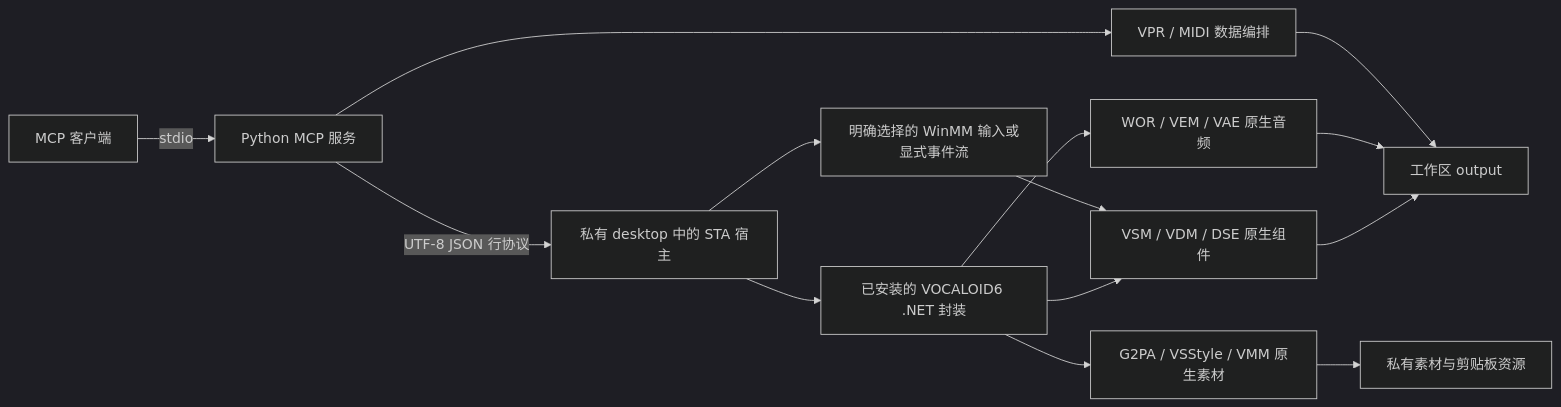
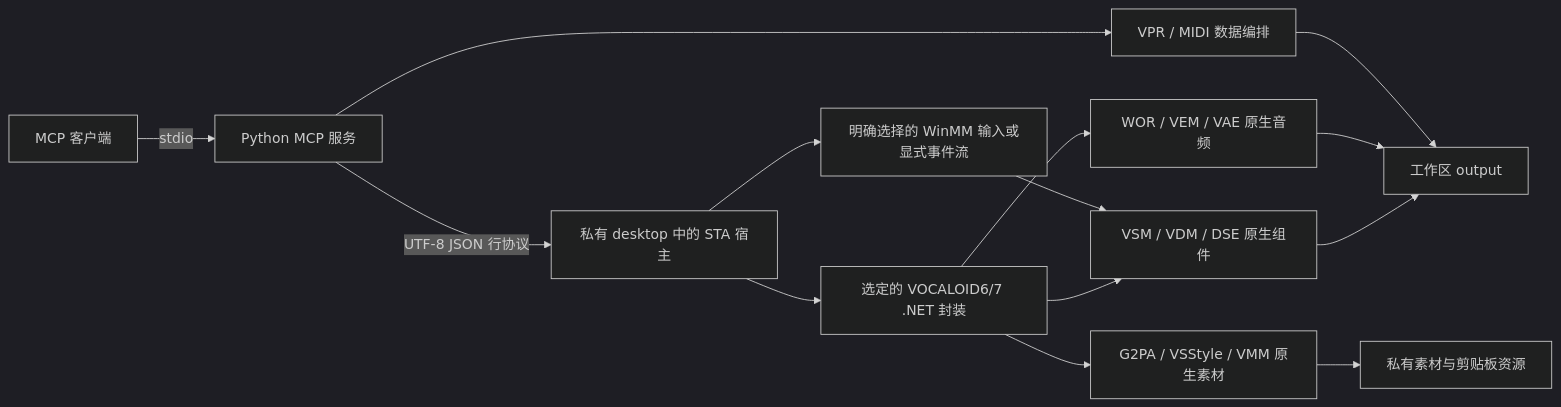
The diagram in docs/architecture.md (Asakitan/vocaloid_bridge), drawn with Mermaid (dark theme) before and after one commit. The commit also changed other lines of this file and 47 other files, not shown here.

````diff
--- a/docs/architecture.md
+++ b/docs/architecture.md
@@ -3,16 +3,16 @@
 ```mermaid
 flowchart LR
     Client[MCP 客户端] -->|stdio| Python[Python MCP 服务]
     Python -->|UTF-8 JSON 行协议| Native[私有 desktop 中的 STA 宿主]
-    Native --> Wrapper[已安装的 VOCALOID6 .NET 封装]
+    Native --> Wrapper[选定的 VOCALOID6/7 .NET 封装]
     Wrapper --> Engine[VSM / VDM / DSE 原生组件]
     Wrapper --> Audio[WOR / VEM / VAE 原生音频]
     Wrapper --> Library[G2PA / VSStyle / VMM 原生素材]
     Native --> MIDI[明确选择的 WinMM 输入或显式事件流]
     MIDI --> Engine
     Python --> Score[VPR / MIDI 数据编排]
     Engine --> Output[工作区 output]
     Audio --> Output
     Library --> Private[私有素材与剪贴板资源]
     Score --> Output
 ```
````
